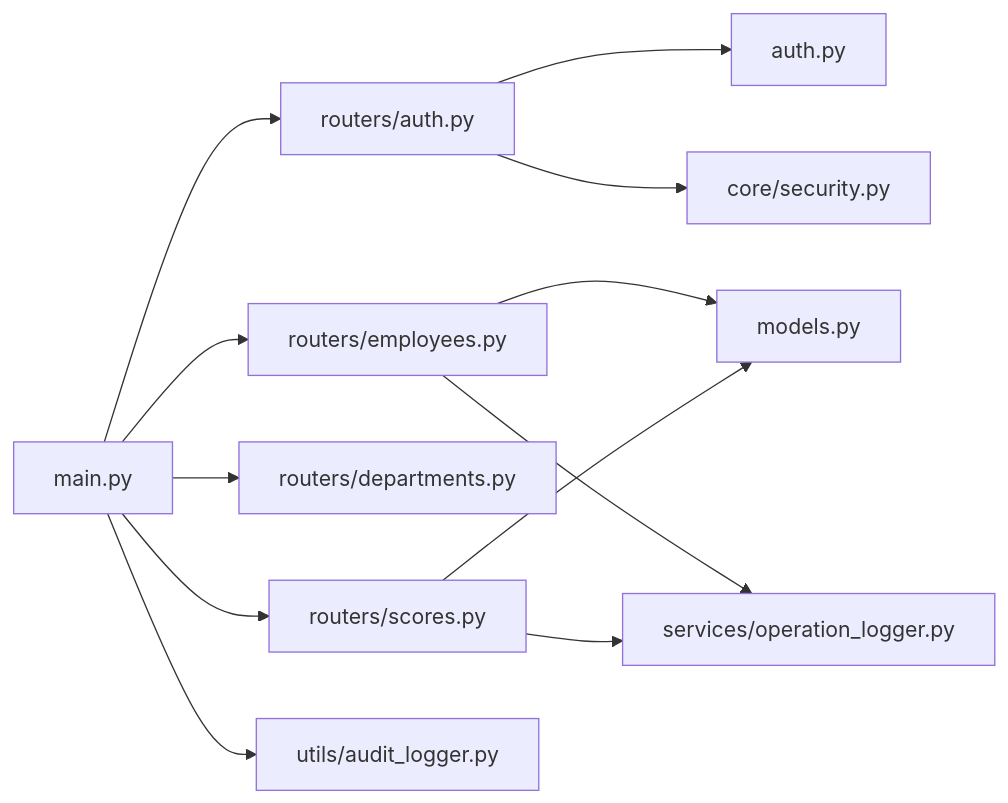
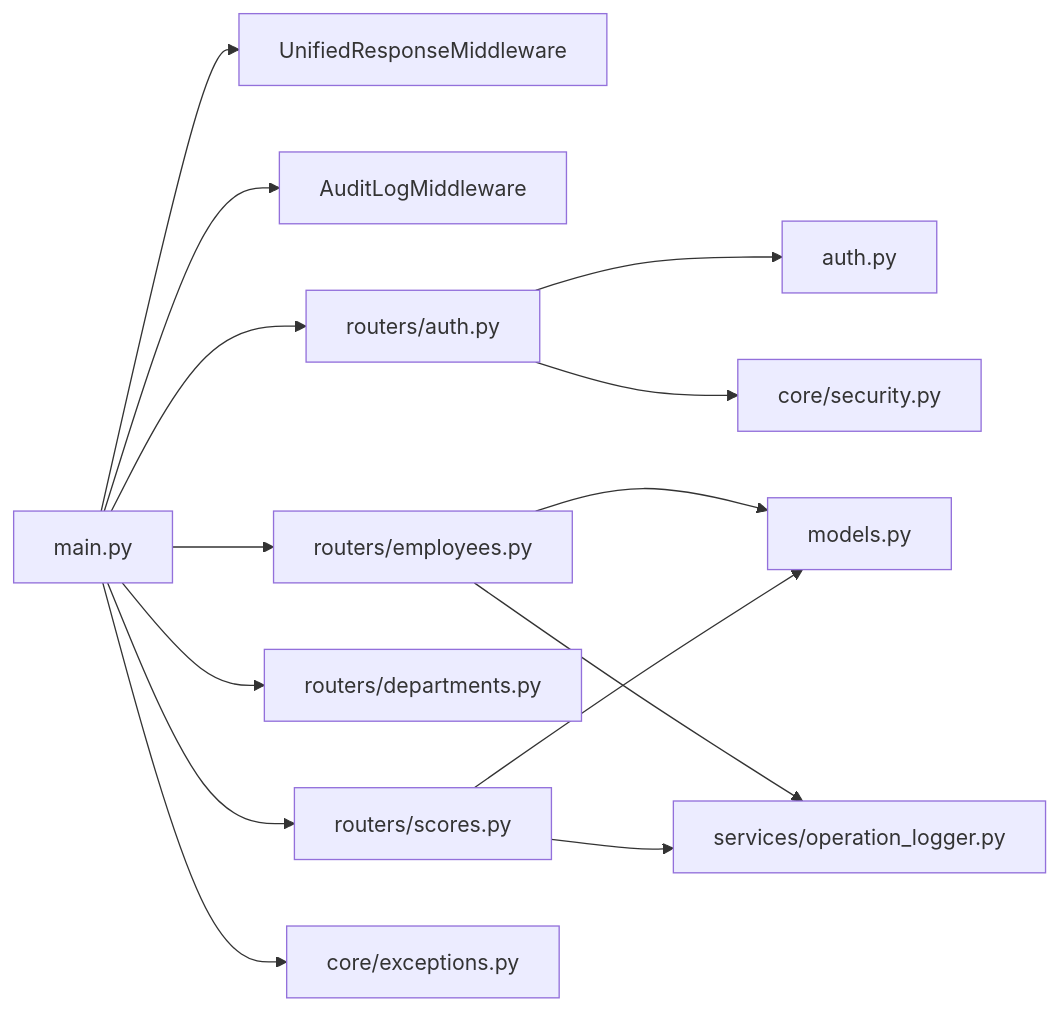
One commit to xgd561/performance_evaluation_system changed diagram 13 of 13 in .qoder/repowiki/zh/content/系统架构/安全架构设计/安全架构设计.md. Above: the diagram before and after it, drawn with Mermaid. The commit also changed other lines of this file and 136 other files, not shown here.

````diff
--- a/.qoder/repowiki/zh/content/系统架构/安全架构设计/安全架构设计.md
+++ b/.qoder/repowiki/zh/content/系统架构/安全架构设计/安全架构设计.md
@@ -386,14 +505,16 @@
 ```mermaid
 graph LR
-Main["main.py"] --> AuthRouter["routers/auth.py"]
+Main["main.py"] --> ResponseMW["UnifiedResponseMiddleware"]
+Main --> AuditMW["AuditLogMiddleware"]
+Main --> AuthRouter["routers/auth.py"]
 Main --> EmpRouter["routers/employees.py"]
 Main --> DeptRouter["routers/departments.py"]
 Main --> ScoreRouter["routers/scores.py"]
 AuthRouter --> AuthLib["auth.py"]
 AuthRouter --> SecCore["core/security.py"]
 EmpRouter --> Models["models.py"]
 ScoreRouter --> Models
 EmpRouter --> OpLog["services/operation_logger.py"]
 ScoreRouter --> OpLog
-Main --> AuditMW["utils/audit_logger.py"]
+Main --> Exceptions["core/exceptions.py"]
 ```
````
